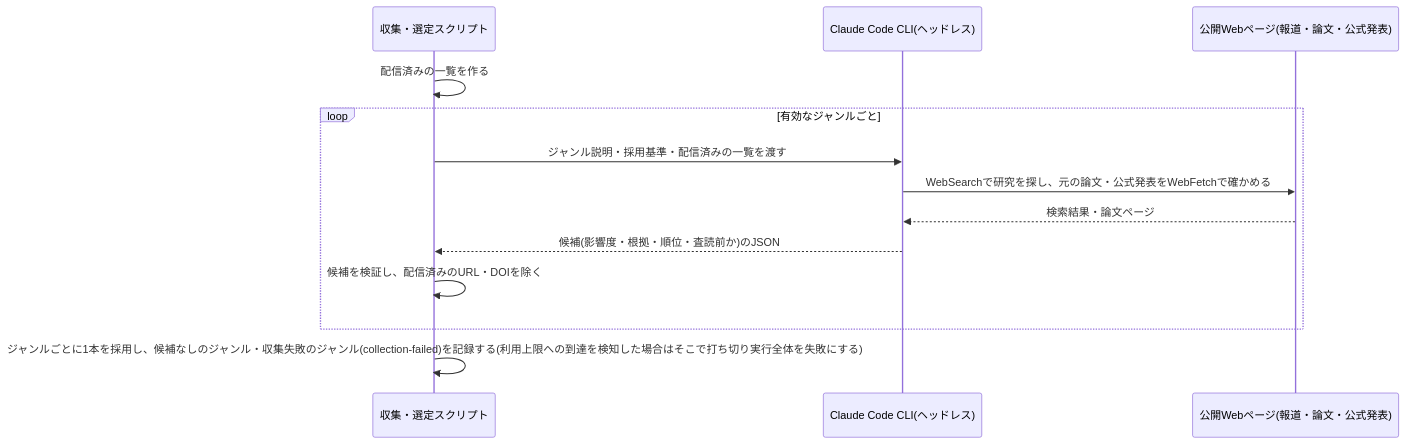
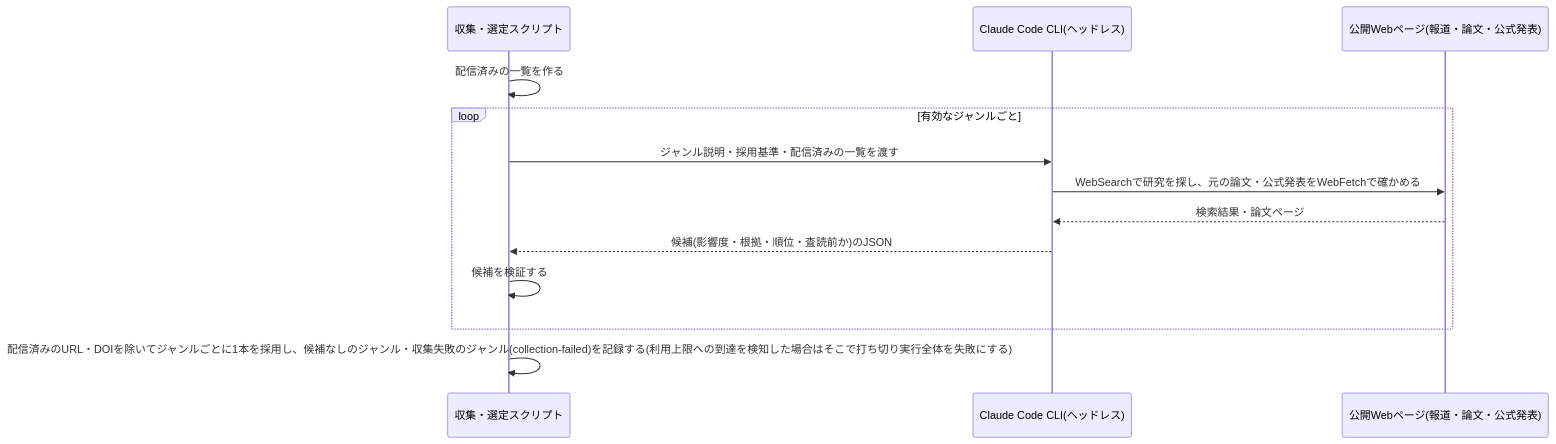
The diagram in specs/research-digest/content-selection/design.md (zakiyama0108/benriyatool), drawn with Mermaid before and after one commit. The commit also changed other lines of this file and 9 other files, not shown here.

````diff
--- a/specs/research-digest/content-selection/design.md
+++ b/specs/research-digest/content-selection/design.md
@@ -74,16 +74,16 @@
 ```mermaid
 sequenceDiagram
     participant script as 収集・選定スクリプト
     participant claude as Claude Code CLI(ヘッドレス)
     participant web as 公開Webページ(報道・論文・公式発表)
 
     script ->> script: 配信済みの一覧を作る
     loop 有効なジャンルごと
         script ->> claude: ジャンル説明・採用基準・配信済みの一覧を渡す
         claude ->> web: WebSearchで研究を探し、元の論文・公式発表をWebFetchで確かめる
         web -->> claude: 検索結果・論文ページ
         claude -->> script: 候補(影響度・根拠・順位・査読前か)のJSON
-        script ->> script: 候補を検証し、配信済みのURL・DOIを除く
+        script ->> script: 候補を検証する
     end
-    script ->> script: ジャンルごとに1本を採用し、候補なしのジャンル・収集失敗のジャンル(collection-failed)を記録する(利用上限への到達を検知した場合はそこで打ち切り実行全体を失敗にする)
+    script ->> script: 配信済みのURL・DOIを除いてジャンルごとに1本を採用し、候補なしのジャンル・収集失敗のジャンル(collection-failed)を記録する(利用上限への到達を検知した場合はそこで打ち切り実行全体を失敗にする)
 ```
````
